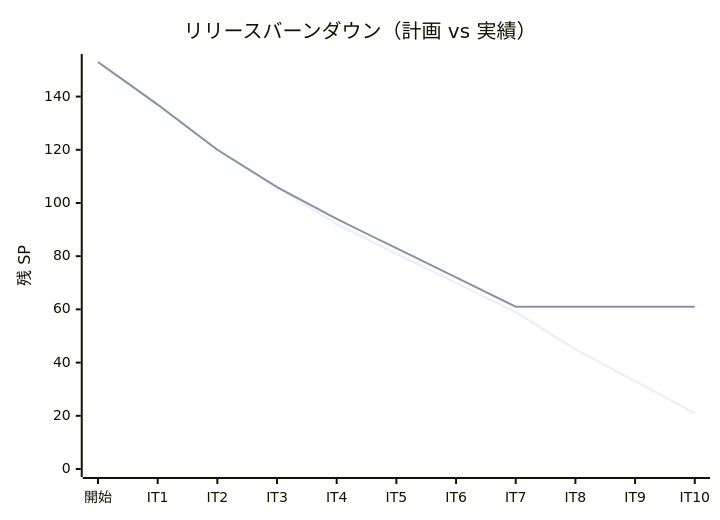
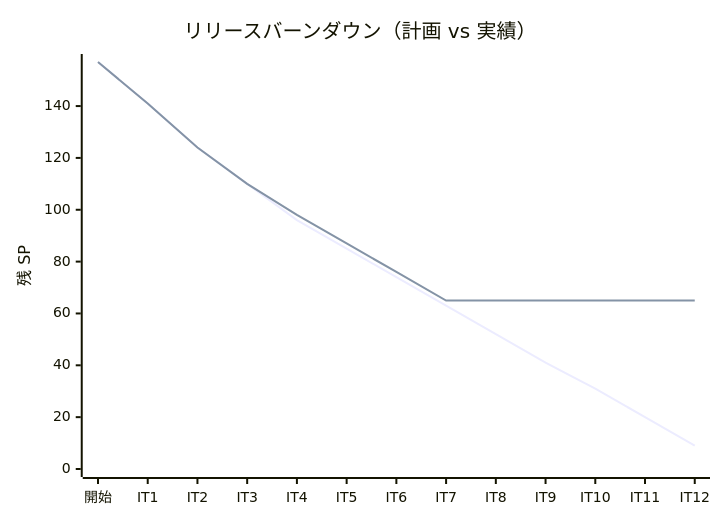
One commit to k2works/case-study-cargo-tracker changed the third of 3 diagrams in docs/development/release_plan.md. Above: the diagram before and after it, drawn with Mermaid. The commit also changed other lines of this file and 5 other files, not shown here.

````diff
--- a/docs/development/release_plan.md
+++ b/docs/development/release_plan.md
@@ -559,8 +585,8 @@
 ```mermaid
 xychart-beta
     title "リリースバーンダウン（計画 vs 実績）"
-    x-axis ["開始", "IT1", "IT2", "IT3", "IT4", "IT5", "IT6", "IT7", "IT8", "IT9", "IT10"]
-    y-axis "残 SP" 0 --> 153
-    line "計画" [153, 137, 120, 106, 92, 81, 70, 59, 45, 33, 21]
-    line "実績" [153, 137, 120, 106, 94, 83, 72, 61, 61, 61, 61]
+    x-axis ["開始", "IT1", "IT2", "IT3", "IT4", "IT5", "IT6", "IT7", "IT8", "IT9", "IT10", "IT11", "IT12"]
+    y-axis "残 SP" 0 --> 157
+    line "計画" [157, 141, 124, 110, 96, 85, 74, 63, 52, 41, 31, 20, 9]
+    line "実績" [157, 141, 124, 110, 98, 87, 76, 65, 65, 65, 65, 65, 65]
 ```
````
